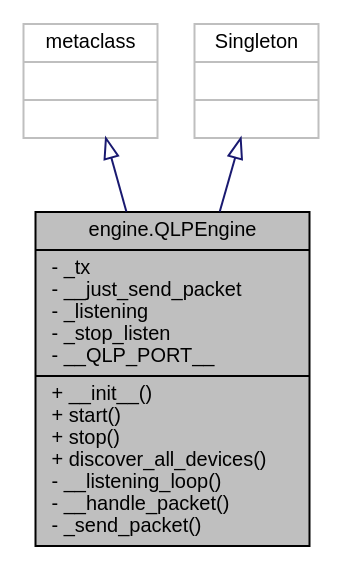
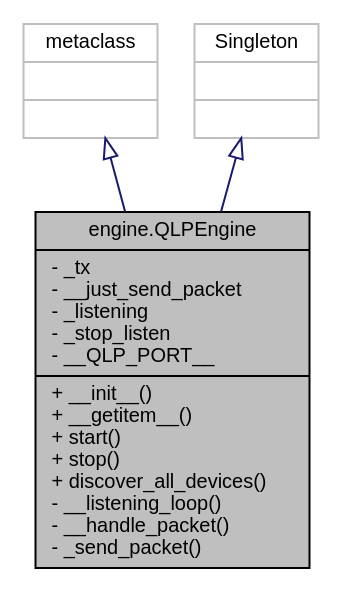
One commit to Quantum-0/qlsc changed the diagram in classengine_1_1QLPEngine__inherit__graph.dot. Above: the diagram before and after it, drawn with Graphviz. The commit also changed 199 other files, not shown here.

```diff
--- a/classengine_1_1QLPEngine__inherit__graph.dot
+++ b/classengine_1_1QLPEngine__inherit__graph.dot
@@ -1,11 +1,11 @@
 digraph "engine.QLPEngine"
 {
  // LATEX_PDF_SIZE
   edge [fontname="Helvetica",fontsize="10",labelfontname="Helvetica",labelfontsize="10"];
   node [fontname="Helvetica",fontsize="10",shape=record];
-  Node1 [label="{engine.QLPEngine\n|- _tx\l- __just_send_packet\l- _listening\l- _stop_listen\l- __QLP_PORT__\l|+ __init__()\l+ start()\l+ stop()\l+ discover_all_devices()\l- __listening_loop()\l- __handle_packet()\l- _send_packet()\l}",height=0.2,width=0.4,color="black", fillcolor="grey75", style="filled", fontcolor="black",tooltip=" "];
+  Node1 [label="{engine.QLPEngine\n|- _tx\l- __just_send_packet\l- _listening\l- _stop_listen\l- __QLP_PORT__\l|+ __init__()\l+ __getitem__()\l+ start()\l+ stop()\l+ discover_all_devices()\l- __listening_loop()\l- __handle_packet()\l- _send_packet()\l}",height=0.2,width=0.4,color="black", fillcolor="grey75", style="filled", fontcolor="black",tooltip=" "];
   Node2 -> Node1 [dir="back",color="midnightblue",fontsize="10",style="solid",arrowtail="onormal",fontname="Helvetica"];
   Node2 [label="{metaclass\n||}",height=0.2,width=0.4,color="grey75", fillcolor="white", style="filled",tooltip=" "];
   Node3 -> Node1 [dir="back",color="midnightblue",fontsize="10",style="solid",arrowtail="onormal",fontname="Helvetica"];
   Node3 [label="{Singleton\n||}",height=0.2,width=0.4,color="grey75", fillcolor="white", style="filled",tooltip=" "];
 }
```
